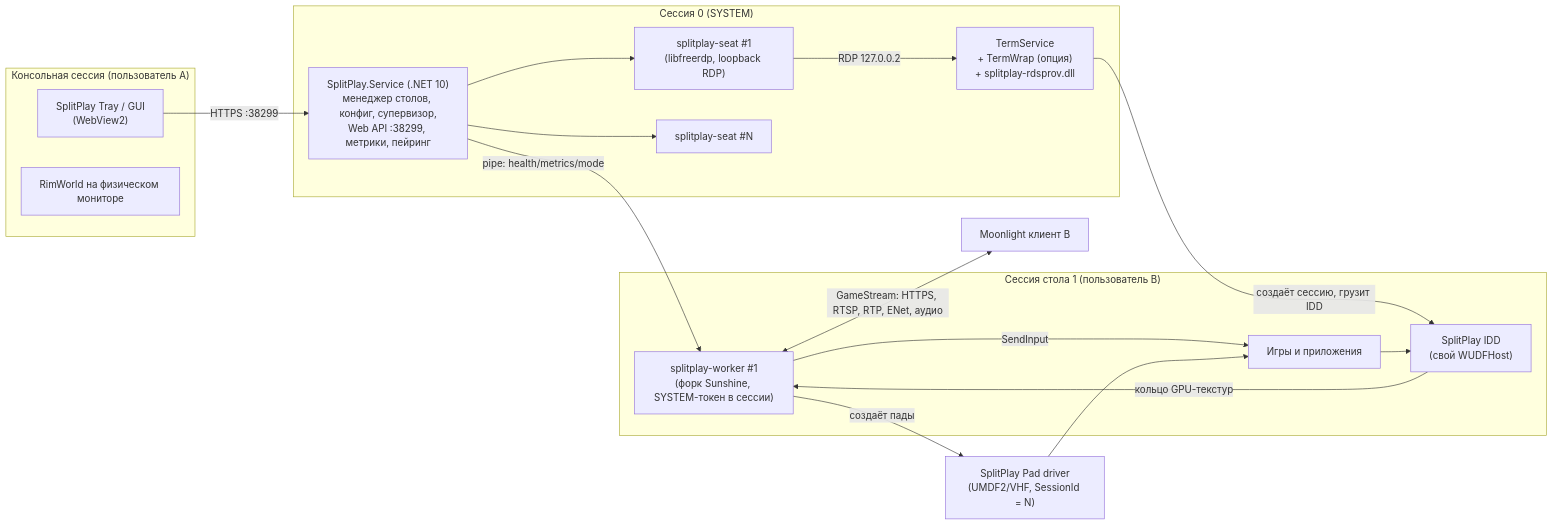
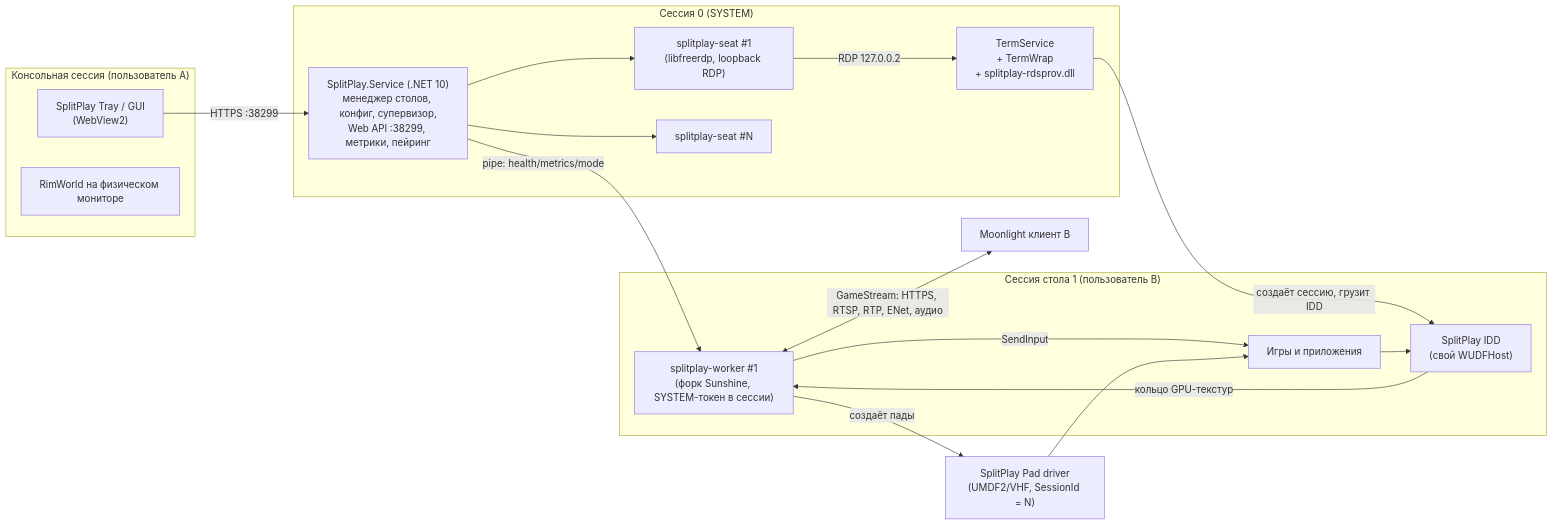
Before and after one commit to echojson7/SplitPlay: the first of 2 diagrams in docs/ARCHITECTURE.md, drawn with Mermaid. The commit also changed other lines of this file, not shown here.

First line of the commit message:
docs: TermWrap is installed by default, drop Windows Server mode

````diff
--- a/docs/ARCHITECTURE.md
+++ b/docs/ARCHITECTURE.md
@@ -26,31 +26,31 @@
 ```mermaid
 flowchart LR
   subgraph S0["Сессия 0 (SYSTEM)"]
     SVC["SplitPlay.Service (.NET 10)<br/>менеджер столов, конфиг, супервизор,<br/>Web API :38299, метрики, пейринг"]
     SEAT1["splitplay-seat #1<br/>(libfreerdp, loopback RDP)"]
     SEATN["splitplay-seat #N"]
-    TS["TermService<br/>+ TermWrap (опция)<br/>+ splitplay-rdsprov.dll"]
+    TS["TermService<br/>+ TermWrap<br/>+ splitplay-rdsprov.dll"]
   end
   subgraph S1["Сессия стола 1 (пользователь B)"]
     W1["splitplay-worker #1<br/>(форк Sunshine, SYSTEM-токен в сессии)"]
     IDD1["SplitPlay IDD<br/>(свой WUDFHost)"]
     APP1["Игры и приложения"]
   end
   subgraph SC["Консольная сессия (пользователь A)"]
     TRAY["SplitPlay Tray / GUI<br/>(WebView2)"]
     GAMEA["RimWorld на физическом мониторе"]
   end
   PAD["SplitPlay Pad driver<br/>(UMDF2/VHF, SessionId = N)"]
   ML1["Moonlight клиент B"]
 
   SVC -->|"pipe: health/metrics/mode"| W1
   SVC --> SEAT1 & SEATN
   SEAT1 -->|"RDP 127.0.0.2"| TS
   TS -->|"создаёт сессию, грузит IDD"| IDD1
   APP1 --> IDD1
   IDD1 -->|"кольцо GPU-текстур"| W1
   W1 -->|"SendInput"| APP1
   W1 -->|"создаёт пады"| PAD --> APP1
   W1 <-->|"GameStream: HTTPS, RTSP, RTP, ENet, аудио"| ML1
   TRAY -->|"HTTPS :38299"| SVC
 ```
````
